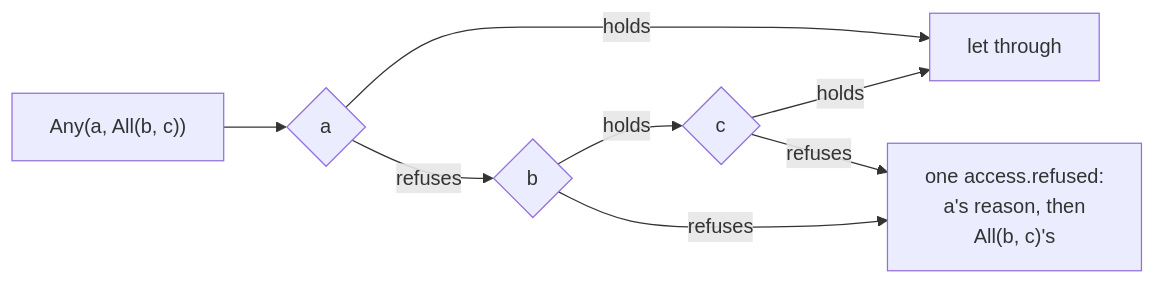
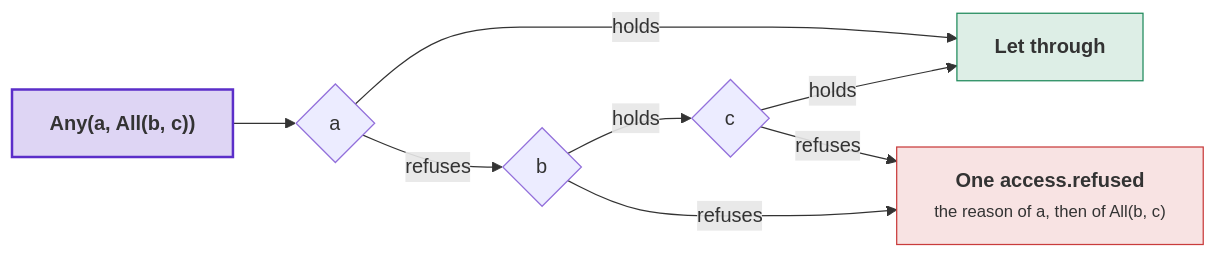
Before and after one commit to DylanSnel/DDDToolkit: the third of 10 diagrams in docs/access-requirements.md, drawn with Mermaid. The commit also changed other lines of this file and 41 other files, not shown here.

First line of the commit message:
Docs: plain prose, one word per concept, and readable diagrams on every page

````diff
--- a/docs/access-requirements.md
+++ b/docs/access-requirements.md
@@ -409,10 +459,16 @@
 ```mermaid
 flowchart LR
-    Sent["Any(a, All(b, c))"] --> A{"a"}
-    A -- "holds" --> Through["let through"]
+    Sent["<b>Any(a, All(b, c))</b>"] --> A{"a"}
+    A -- "holds" --> Through["<b>Let through</b>"]
     A -- "refuses" --> B{"b"}
     B -- "holds" --> C{"c"}
     C -- "holds" --> Through
-    B -- "refuses" --> Refused["one access.refused:<br/>a's reason, then<br/>All(b, c)'s"]
+    B -- "refuses" --> Refused["<b>One access.refused</b><br/><small>the reason of a, then of All(b, c)</small>"]
     C -- "refuses" --> Refused
+    classDef strong fill:#5b2ec933,stroke:#5b2ec9,stroke-width:2px
+    classDef good fill:#1f8a5b26,stroke:#1f8a5b
+    classDef bad fill:#c93c3c24,stroke:#c93c3c
+    class Sent strong
+    class Through good
+    class Refused bad
 ```
````
